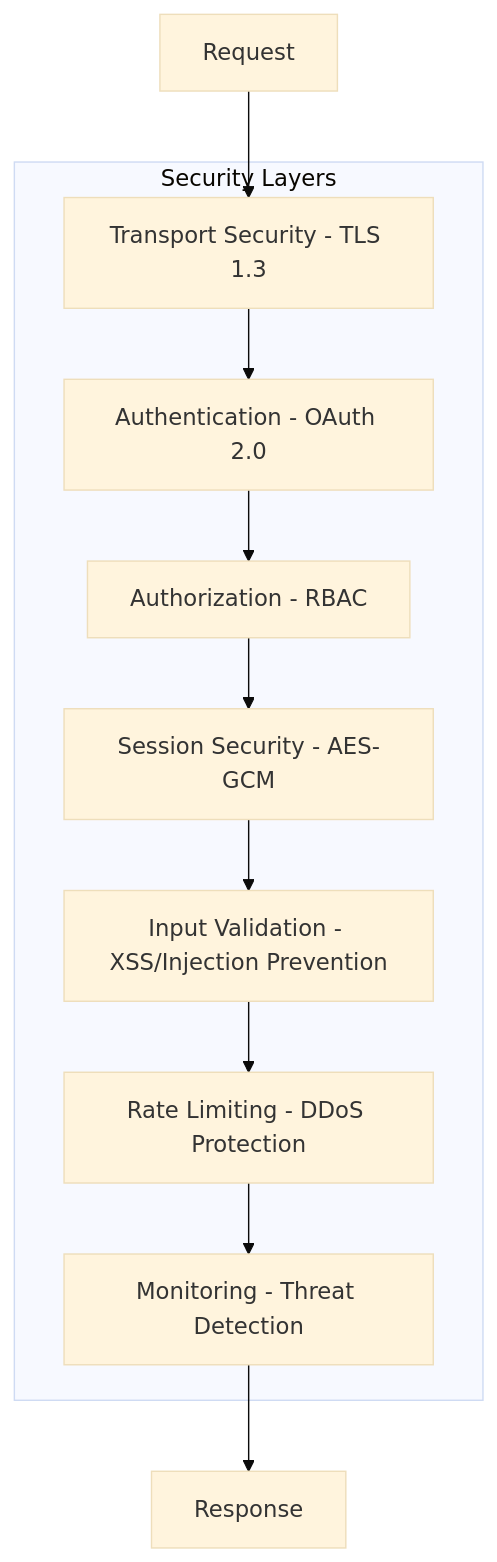
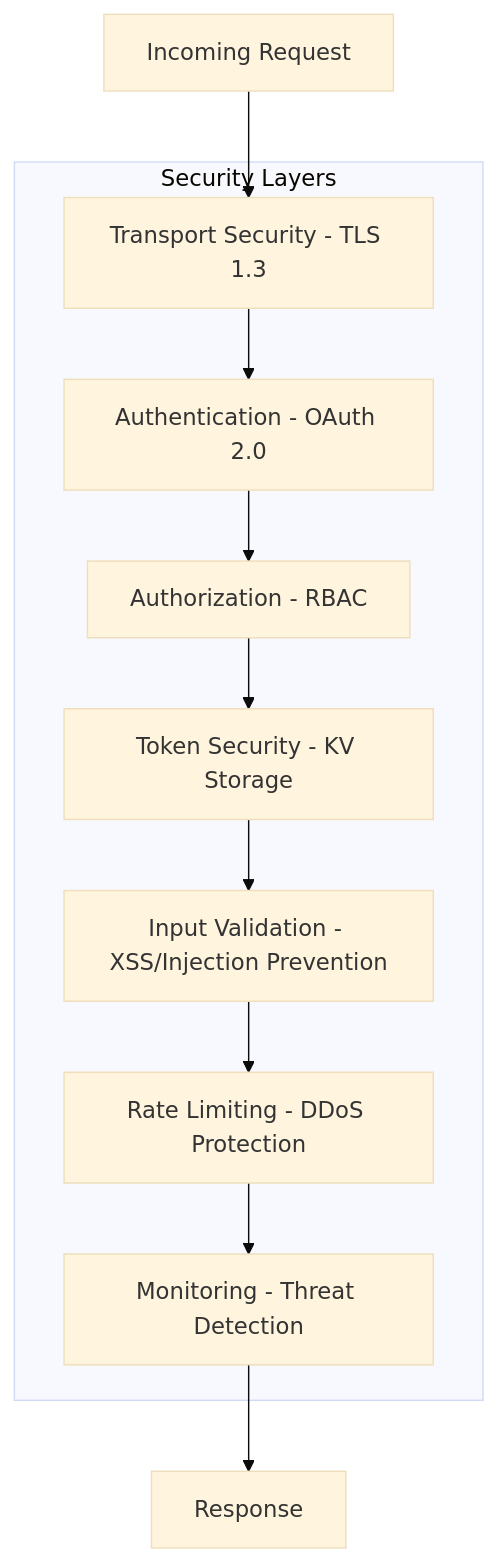
One commit to leanderrj/WOOOD_dutchned changed the first of 2 diagrams in docs/architecture/security-model.md. Above: the diagram before and after it, drawn with Mermaid (base theme). The commit also changed other lines of this file and 24 other files, not shown here.

````diff
--- a/docs/architecture/security-model.md
+++ b/docs/architecture/security-model.md
@@ -17,21 +21,24 @@
 ```mermaid
-graph TB
-    subgraph "Security Layers"
+graph TD
+    Request[Incoming Request]
+    Response[Response]
+    
+    subgraph Security Layers
         L1[Transport Security - TLS 1.3]
         L2[Authentication - OAuth 2.0]
         L3[Authorization - RBAC]
-        L4[Session Security - AES-GCM]
+        L4[Token Security - KV Storage]
         L5[Input Validation - XSS/Injection Prevention]
         L6[Rate Limiting - DDoS Protection]
         L7[Monitoring - Threat Detection]
     end
 
     Request --> L1
     L1 --> L2
     L2 --> L3
     L3 --> L4
     L4 --> L5
     L5 --> L6
     L6 --> L7
     L7 --> Response
 ```
````
